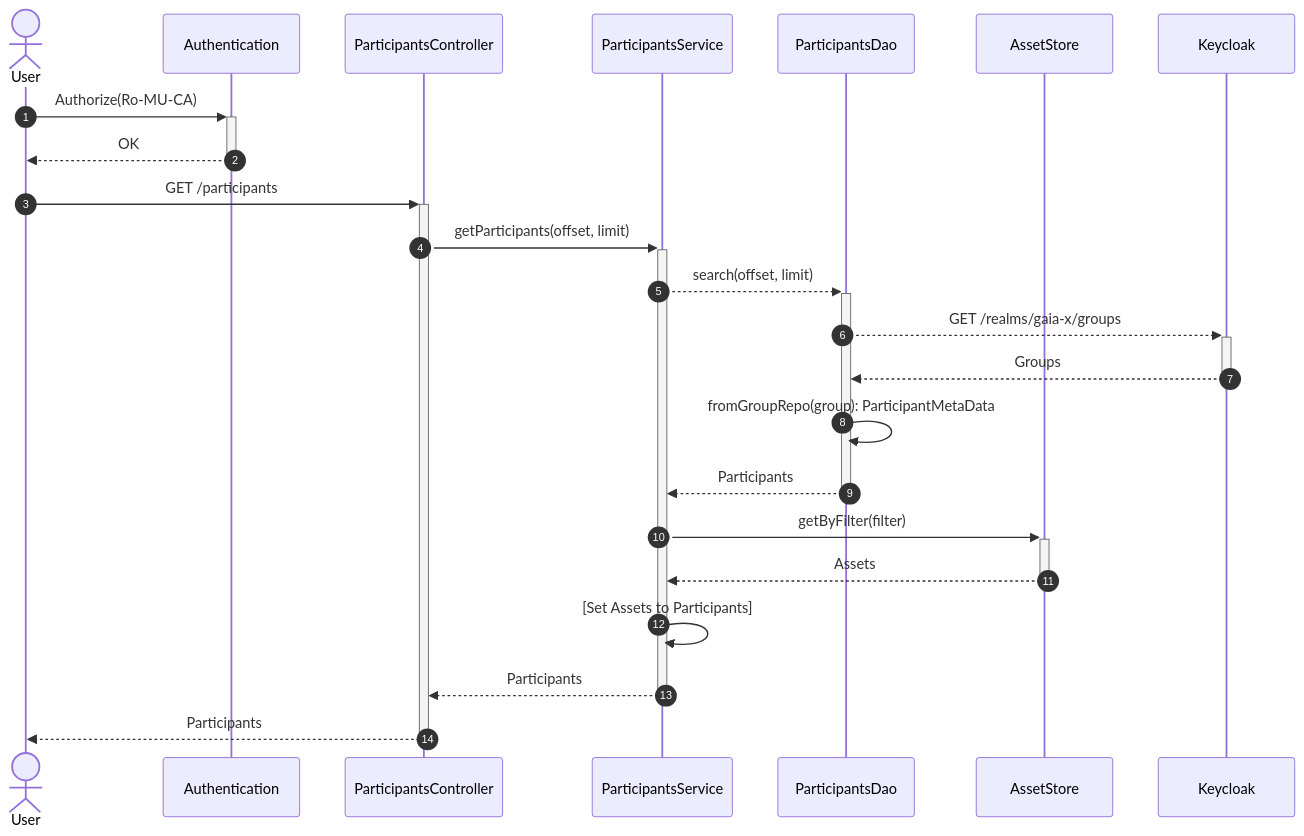
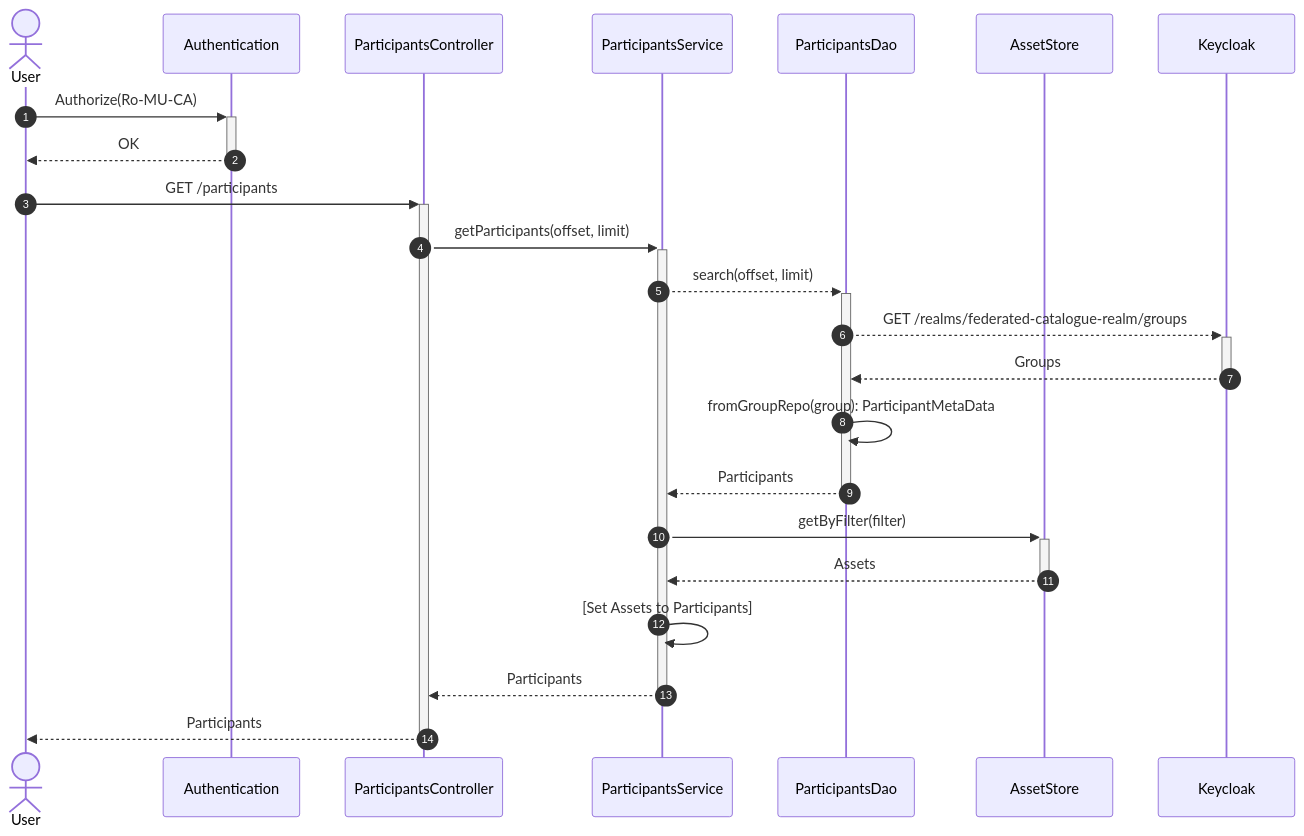
The second of 44 diagrams in federated-catalogue/src/docs/architecture/chapters/06_runtime_view.adoc (eclipse-xfsc/docs), drawn with Mermaid before and after one commit. The commit also changed other lines of this file and 1 other file, not shown here.

First line of the commit message:
docs(arc42): Correct Keycloak realm and clarify user management authorization (#39)

```diff
--- a/federated-catalogue/src/docs/architecture/chapters/06_runtime_view.adoc
+++ b/federated-catalogue/src/docs/architecture/chapters/06_runtime_view.adoc
@@ -57,34 +57,34 @@
 [mermaid, width=2000]
 ....
     sequenceDiagram
         autonumber
         actor User
         participant Auth as Authentication
 
         participant API As ParticipantsController
         participant Parti as ParticipantsService
         participant PartiDao as ParticipantsDao
         participant AssetStore as AssetStore
         participant Keycloak as Keycloak
 
         User ->> + Auth:Authorize(Ro-MU-CA)
         Auth -->> - User:OK
 
         User ->> + API:GET /participants
 
         API ->> + Parti: getParticipants(offset, limit)
         Parti -->> + PartiDao: search(offset, limit)
 
-        PartiDao -->> + Keycloak: GET /realms/gaia-x/groups
+        PartiDao -->> + Keycloak: GET /realms/federated-catalogue-realm/groups
         Keycloak -->> - PartiDao: Groups
 
         PartiDao ->> PartiDao: fromGroupRepo(group): ParticipantMetaData
 
         PartiDao -->> - Parti: Participants
 
         Parti ->> + AssetStore: getByFilter(filter)
         AssetStore -->> - Parti: Assets
         Parti ->> Parti: [Set Assets to Participants]
         Parti -->> - API: Participants
         API -->> - User: Participants
 ....
```
